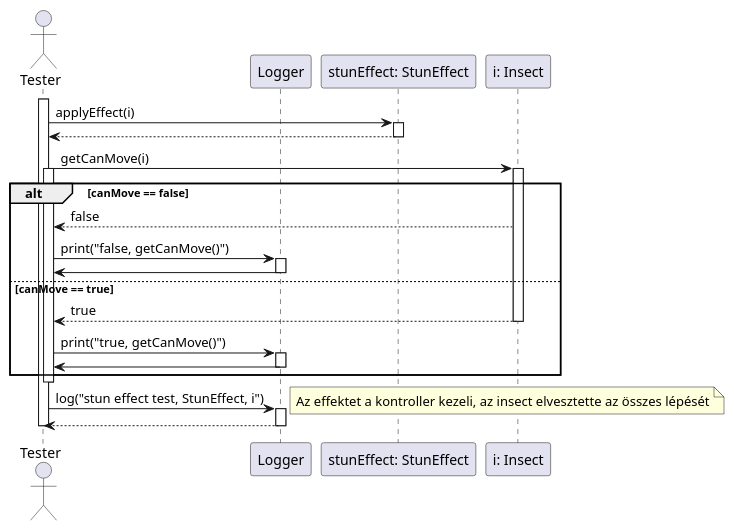
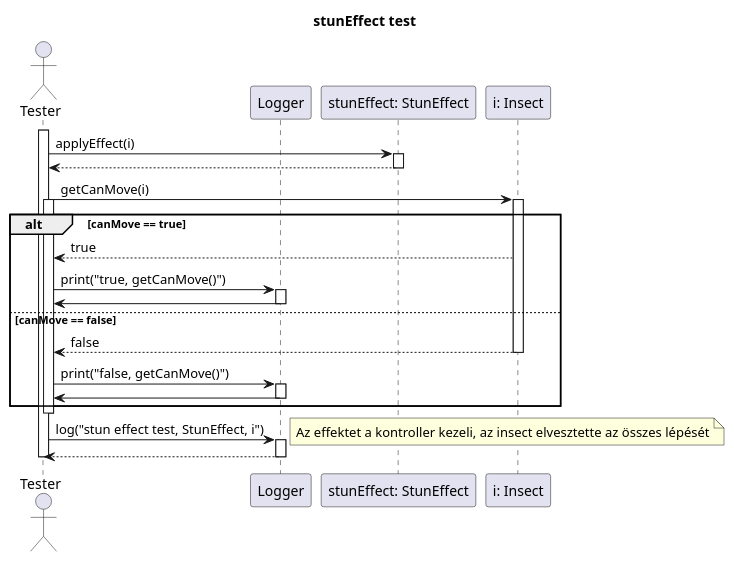
One commit to dzsem/projlab changed the diagram in diagrams/test-sequence/stunEffect.plantuml. Above: the diagram before and after it, drawn with PlantUML. The commit also changed 2 other files, not shown here.

```diff
--- a/diagrams/test-sequence/stunEffect.plantuml
+++ b/diagrams/test-sequence/stunEffect.plantuml
@@ -1,50 +1,52 @@
 @startuml stunEffect
+
+title stunEffect test
 
 actor Tester as tester
 
 participant "Logger" as logger
 participant "stunEffect: StunEffect" as speed
 participant "i: Insect" as insect
 
 activate tester
 
 tester -> speed: applyEffect(i)
 activate speed
 
 speed --> tester
 deactivate speed
 
 tester -> insect: getCanMove(i)
 activate insect
 activate tester
 
-alt canMove == false
+alt canMove == true
 
-insect --> tester: false
-tester -> logger: print("false, getCanMove()")
+insect --> tester: true
+tester -> logger: print("true, getCanMove()")
 activate logger
 logger -> tester
 deactivate logger
 
-else canMove == true
+else canMove == false
 
-insect --> tester: true
+insect --> tester: false
 deactivate insect
-tester -> logger: print("true, getCanMove()")
+tester -> logger: print("false, getCanMove()")
 activate logger
 logger -> tester
 deactivate logger
 
 end
 deactivate tester
 
 tester -> logger: log("stun effect test, StunEffect, i")
 note right: Az effektet a kontroller kezeli, az insect elvesztette az összes lépését
 activate logger
 
 logger--> tester
 deactivate logger
 
 deactivate tester
 
 @enduml
```
